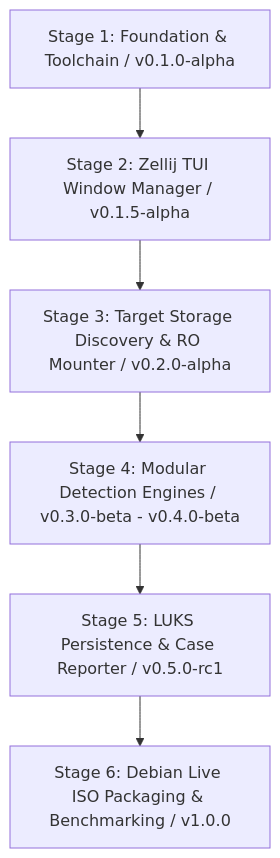
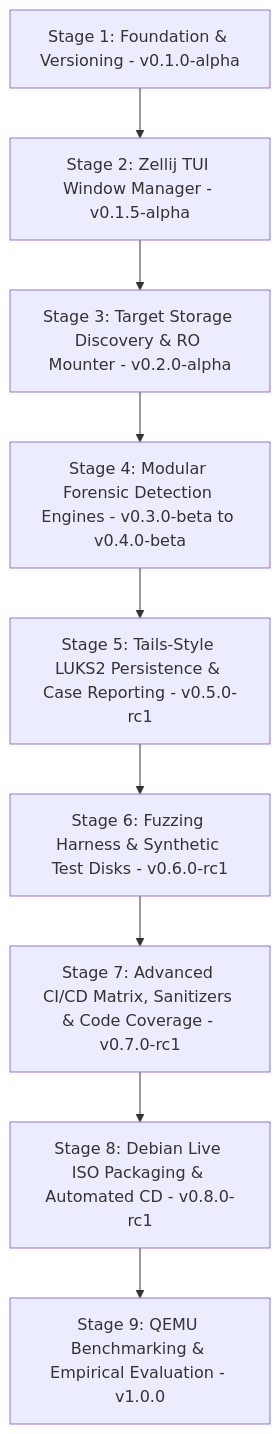
Before and after one commit to Dellrall/Booto: the diagram in .agents/skills/booto-dev/SKILL.md, drawn with Mermaid. The commit also changed other lines of this file and 7 other files, not shown here.

````diff
--- a/.agents/skills/booto-dev/SKILL.md
+++ b/.agents/skills/booto-dev/SKILL.md
@@ -33,8 +33,11 @@
 ```mermaid
 graph TD
-    S1[Stage 1: Foundation & Toolchain / v0.1.0-alpha] --> S2[Stage 2: Zellij TUI Window Manager / v0.1.5-alpha]
-    S2 --> S3[Stage 3: Target Storage Discovery & RO Mounter / v0.2.0-alpha]
-    S3 --> S4[Stage 4: Modular Detection Engines / v0.3.0-beta - v0.4.0-beta]
-    S4 --> S5[Stage 5: LUKS Persistence & Case Reporter / v0.5.0-rc1]
-    S5 --> S6[Stage 6: Debian Live ISO Packaging & Benchmarking / v1.0.0]
+    S1[Stage 1: Foundation & Versioning - v0.1.0-alpha] --> S2[Stage 2: Zellij TUI Window Manager - v0.1.5-alpha]
+    S2 --> S3[Stage 3: Target Storage Discovery & RO Mounter - v0.2.0-alpha]
+    S3 --> S4[Stage 4: Modular Forensic Detection Engines - v0.3.0-beta to v0.4.0-beta]
+    S4 --> S5[Stage 5: Tails-Style LUKS2 Persistence & Case Reporting - v0.5.0-rc1]
+    S5 --> S6[Stage 6: Fuzzing Harness & Synthetic Test Disks - v0.6.0-rc1]
+    S6 --> S7[Stage 7: Advanced CI/CD Matrix, Sanitizers & Code Coverage - v0.7.0-rc1]
+    S7 --> S8[Stage 8: Debian Live ISO Packaging & Automated CD - v0.8.0-rc1]
+    S8 --> S9[Stage 9: QEMU Benchmarking & Empirical Evaluation - v1.0.0]
 ```
````
